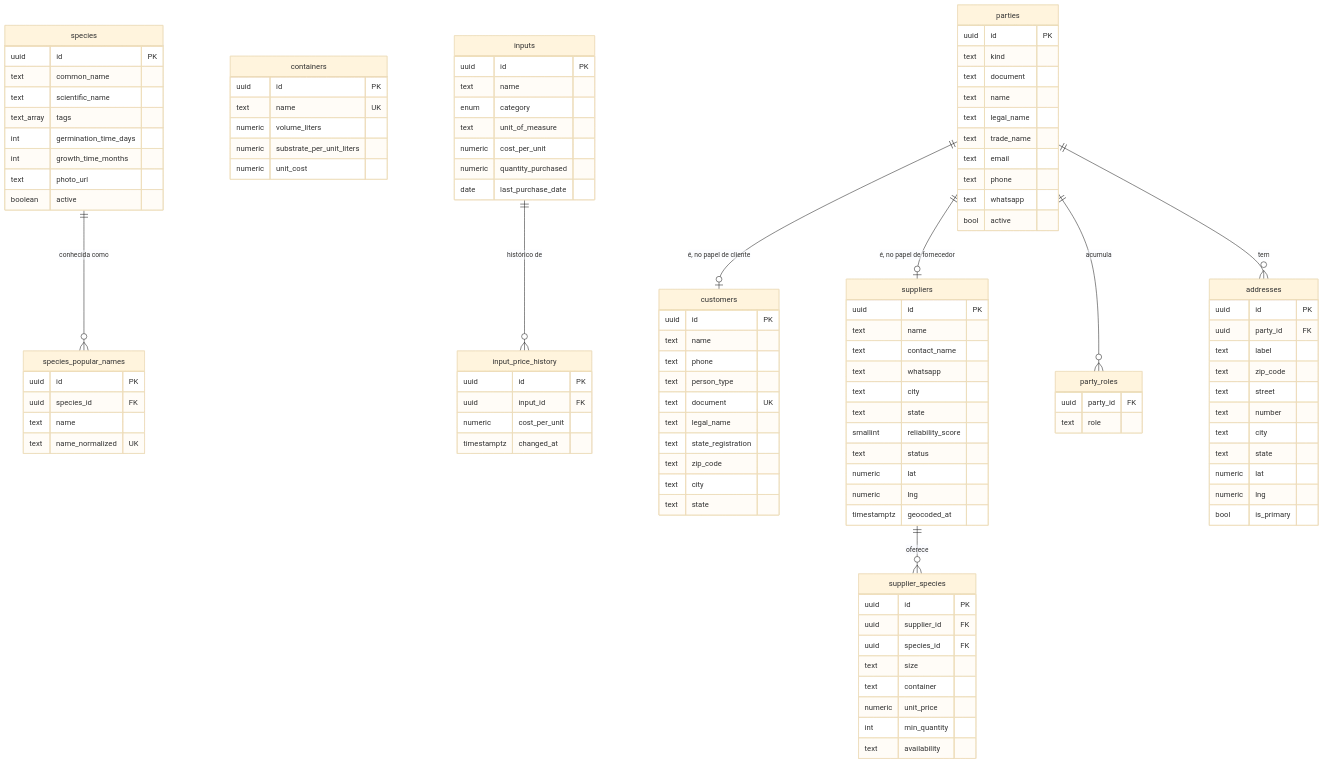
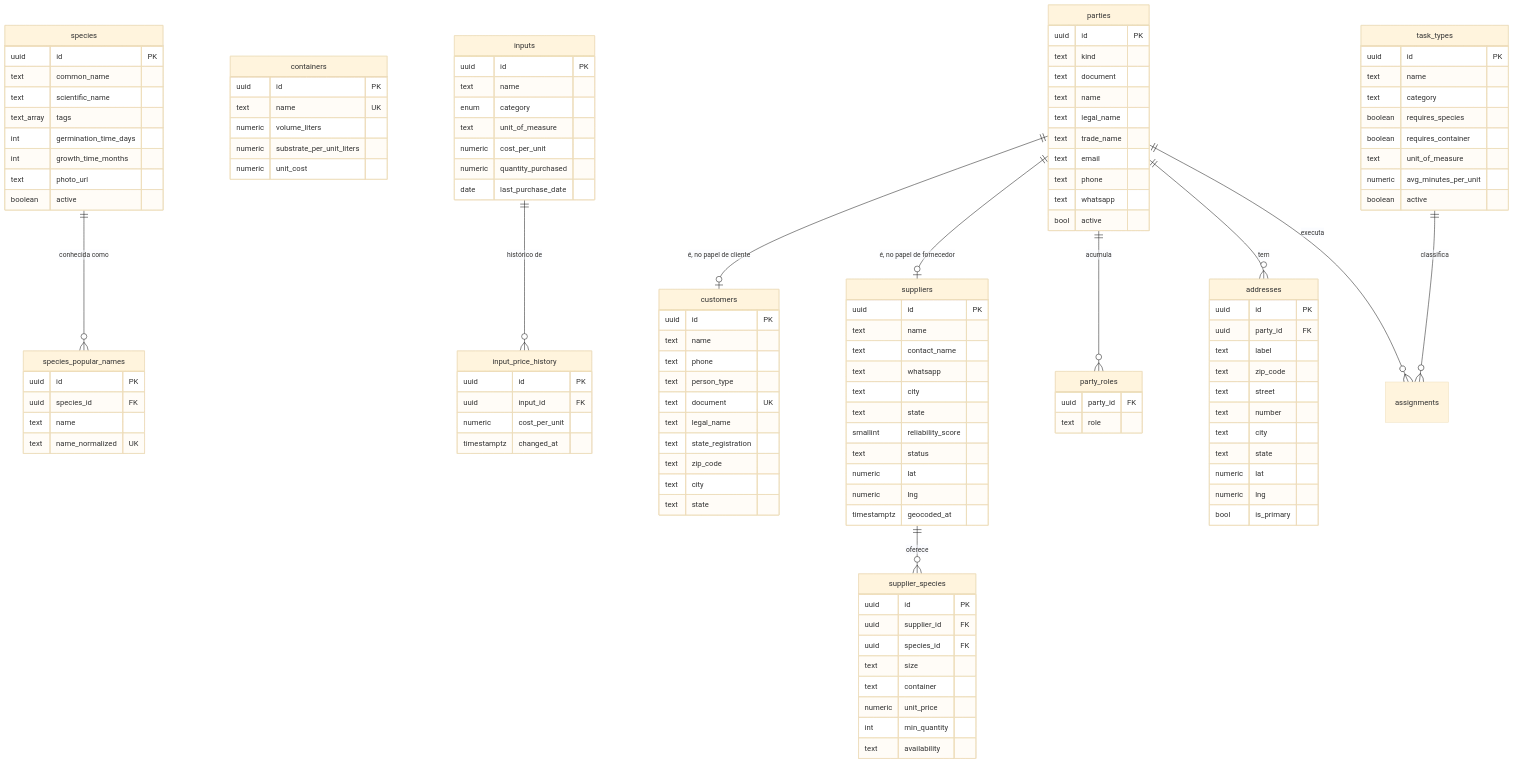
Before and after one commit to JoaoMudar/mudar: the third of 6 diagrams in docs/engenharia/C-modelagem/C6-modelo-entidade-relacionamento.md, drawn with Mermaid (base theme). The commit also changed other lines of this file and 33 other files, not shown here.

````diff
--- a/docs/engenharia/C-modelagem/C6-modelo-entidade-relacionamento.md
+++ b/docs/engenharia/C-modelagem/C6-modelo-entidade-relacionamento.md
@@ -278,6 +285,16 @@
     numeric lng
     bool is_primary
   }
+  task_types {
+    uuid id PK
+    text name
+    text category
+    boolean requires_species
+    boolean requires_container
+    text unit_of_measure
+    numeric avg_minutes_per_unit
+    boolean active
+  }
 
   species   ||--o{ species_popular_names : "conhecida como"
   inputs    ||--o{ input_price_history   : "histórico de"
@@ -286,4 +303,6 @@
   parties   ||--o{ addresses             : "tem"
   parties   ||--o| customers             : "é, no papel de cliente"
   parties   ||--o| suppliers             : "é, no papel de fornecedor"
+  parties   ||--o{ assignments           : "executa"
+  task_types ||--o{ assignments          : "classifica"
 ```
````
